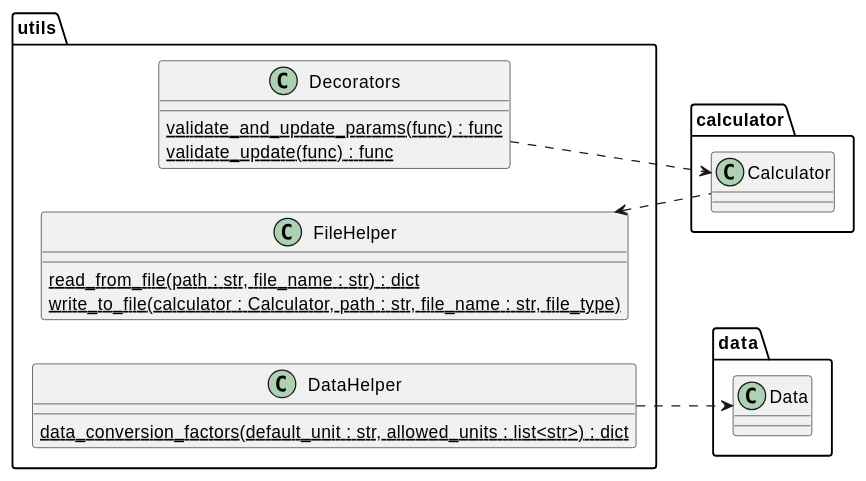
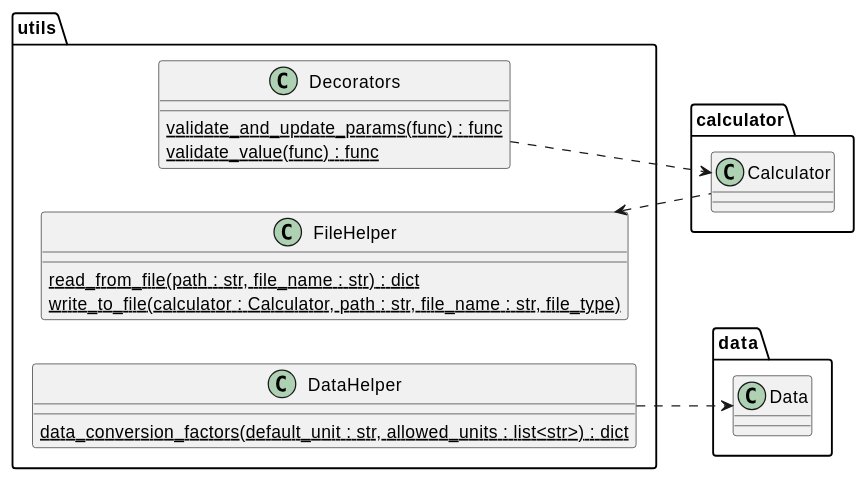
Before and after one commit to ukatc/AtLAST_sensitivity_calculator: the diagram in docs/source/code_docs/utils_uml.rst, drawn with PlantUML. The commit also changed 11 other files, not shown here.

```diff
--- a/docs/source/code_docs/utils_uml.rst
+++ b/docs/source/code_docs/utils_uml.rst
@@ -4,21 +4,21 @@
 .. uml::
 
     @startuml utils
 
     left to right direction
 
     class "FileHelper" as utils.FileHelper {
       {static} read_from_file(path : str, file_name : str) : dict
       {static} write_to_file(calculator : Calculator, path : str, file_name : str, file_type)
     }
     class "DataHelper" as utils.DataHelper {
       {static} data_conversion_factors(default_unit : str, allowed_units : list<str>) : dict
     }
     class "Decorators" as utils.Decorators {
       {static} validate_and_update_params(func) : func
-      {static} validate_update(func) : func
+      {static} validate_value(func) : func
     }
     utils.FileHelper <.. calculator.Calculator
     utils.Decorators ..> calculator.Calculator
     utils.DataHelper ..> data.Data
     @enduml
```
